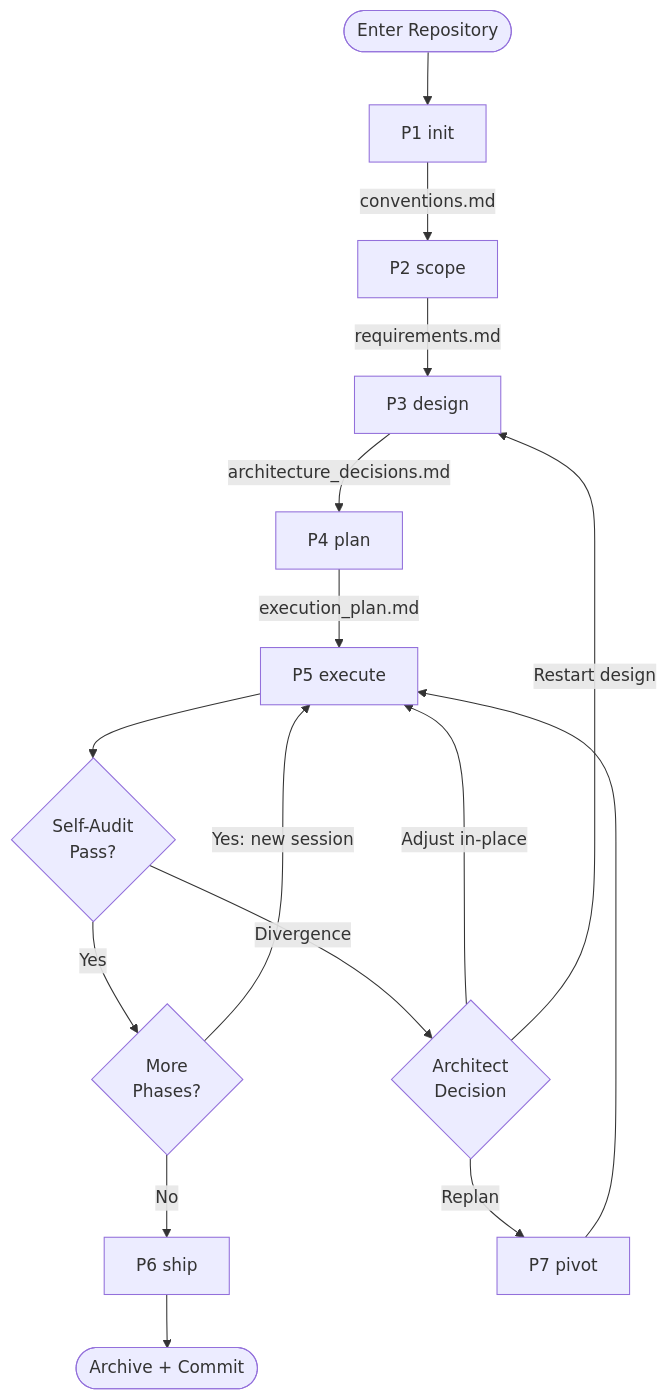
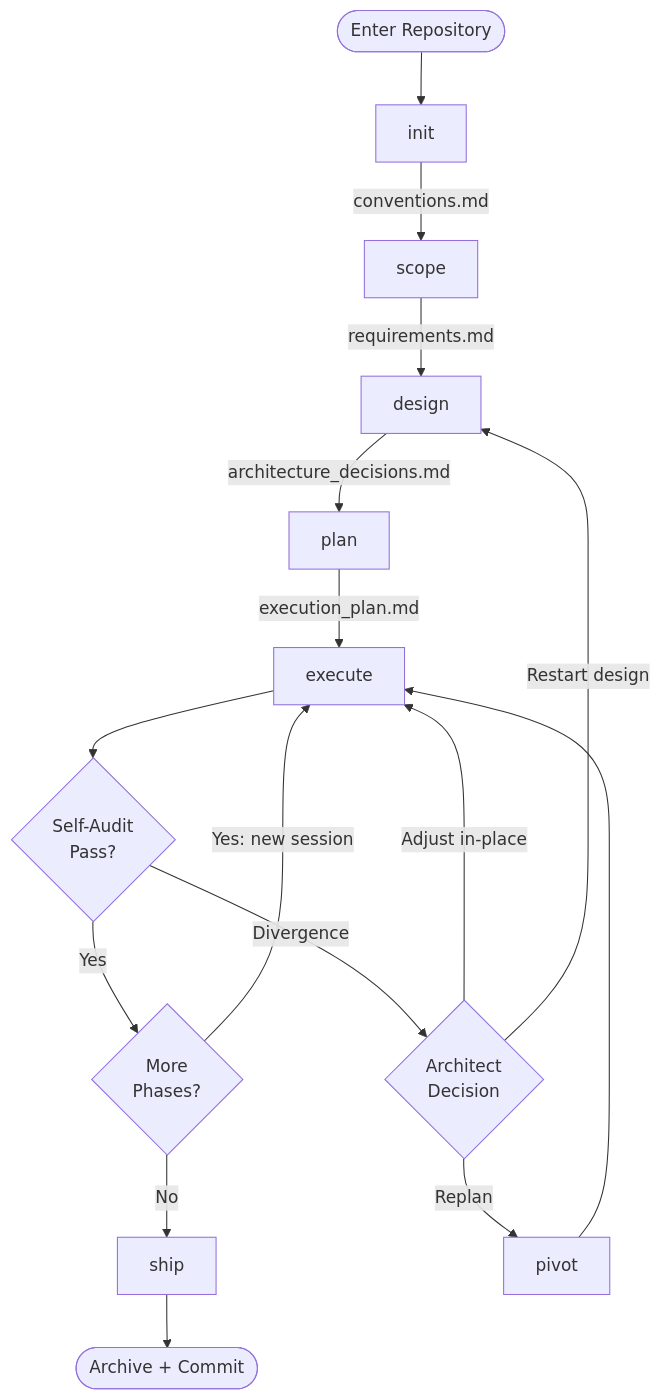
Before and after one commit to aakarshsingh/architect-typist: the first of 3 diagrams in README.md, drawn with Mermaid. The commit also changed other lines of this file and 24 other files, not shown here.

````diff
--- a/README.md
+++ b/README.md
@@ -89,23 +89,23 @@
 ```mermaid
 flowchart TD
-    START([Enter Repository]) --> INIT[P1 init]
-    INIT -->|conventions.md| SCOPE[P2 scope]
-    SCOPE -->|requirements.md| DESIGN[P3 design]
-    DESIGN -->|architecture_decisions.md| PLAN[P4 plan]
-    PLAN -->|execution_plan.md| EXEC[P5 execute]
+    START([Enter Repository]) --> INIT[init]
+    INIT -->|conventions.md| SCOPE[scope]
+    SCOPE -->|requirements.md| DESIGN[design]
+    DESIGN -->|architecture_decisions.md| PLAN[plan]
+    PLAN -->|execution_plan.md| EXEC[execute]
 
     EXEC --> AUDIT{Self-Audit\nPass?}
     AUDIT -->|Yes| DONE{More\nPhases?}
     AUDIT -->|Divergence| PIVOT_Q{Architect\nDecision}
 
     DONE -->|Yes: new session| EXEC
-    DONE -->|No| SHIP[P6 ship]
+    DONE -->|No| SHIP[ship]
 
     PIVOT_Q -->|Adjust in-place| EXEC
-    PIVOT_Q -->|Replan| PIVOT[P7 pivot]
+    PIVOT_Q -->|Replan| PIVOT[pivot]
     PIVOT_Q -->|Restart design| DESIGN
 
     PIVOT --> EXEC
 
     SHIP --> ARCHIVE([Archive + Commit])
 ```
````
